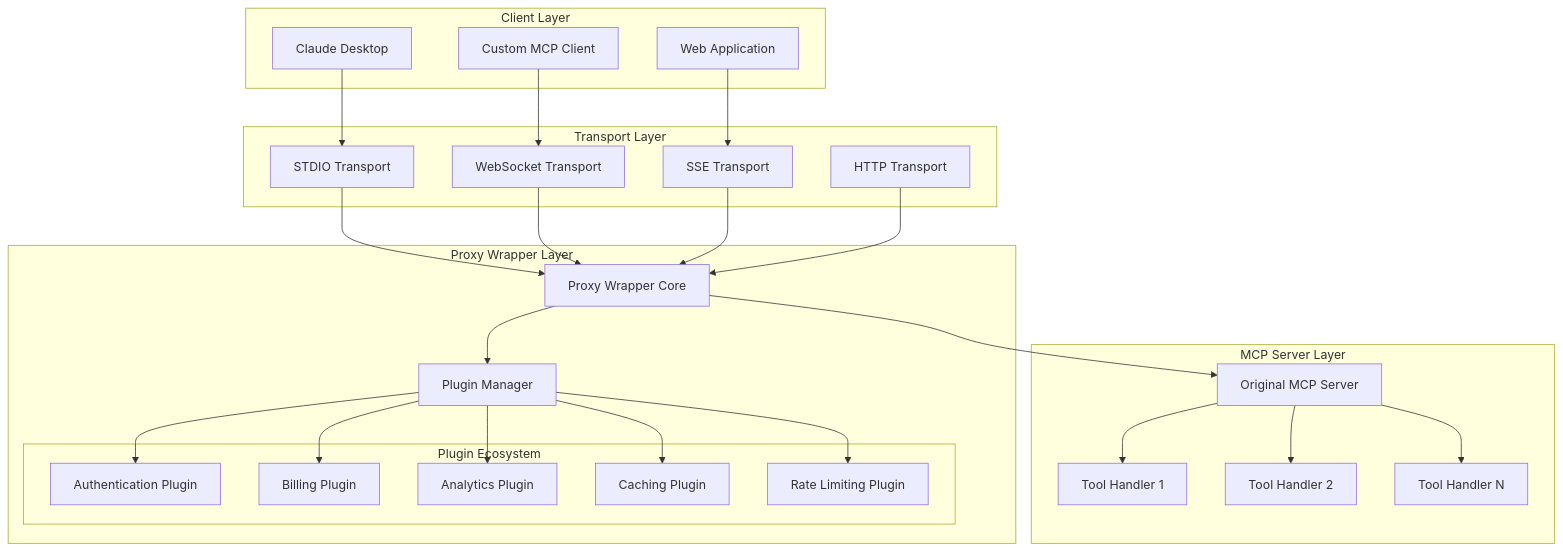
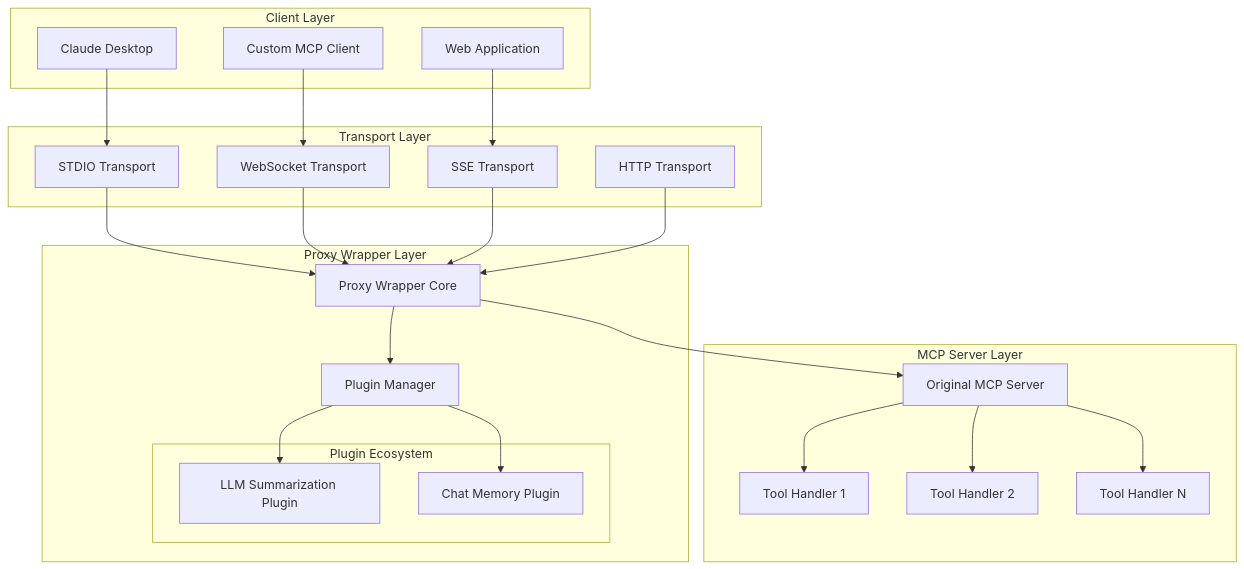
The first of 3 diagrams in docs/pages/architecture.mdx (mcp-plugins/mcp-proxy-wrapper), drawn with Mermaid before and after one commit. The commit also changed other lines of this file and 2 other files, not shown here.

````diff
--- a/docs/pages/architecture.mdx
+++ b/docs/pages/architecture.mdx
@@ -11,56 +11,50 @@
 ```mermaid
 graph TB
     subgraph "Client Layer"
         C1[Claude Desktop]
         C2[Custom MCP Client]
         C3[Web Application]
     end
     
     subgraph "Proxy Wrapper Layer"
         PW[Proxy Wrapper Core]
         PM[Plugin Manager]
         
         subgraph "Plugin Ecosystem"
-            P1[Authentication Plugin]
-            P2[Billing Plugin]
-            P3[Analytics Plugin]
-            P4[Caching Plugin]
-            P5[Rate Limiting Plugin]
+            P1[LLM Summarization Plugin]
+            P2[Chat Memory Plugin]
         end
     end
     
     subgraph "MCP Server Layer"
         MS[Original MCP Server]
         T1[Tool Handler 1]
         T2[Tool Handler 2]
         T3[Tool Handler N]
     end
     
     subgraph "Transport Layer"
         TR1[STDIO Transport]
         TR2[WebSocket Transport]
         TR3[SSE Transport]
         TR4[HTTP Transport]
     end
     
     C1 --> TR1
     C2 --> TR2
     C3 --> TR3
     
     TR1 --> PW
     TR2 --> PW
     TR3 --> PW
     TR4 --> PW
     
     PW --> PM
     PM --> P1
     PM --> P2
-    PM --> P3
-    PM --> P4
-    PM --> P5
     
     PW --> MS
     MS --> T1
     MS --> T2
     MS --> T3
 ```
````
